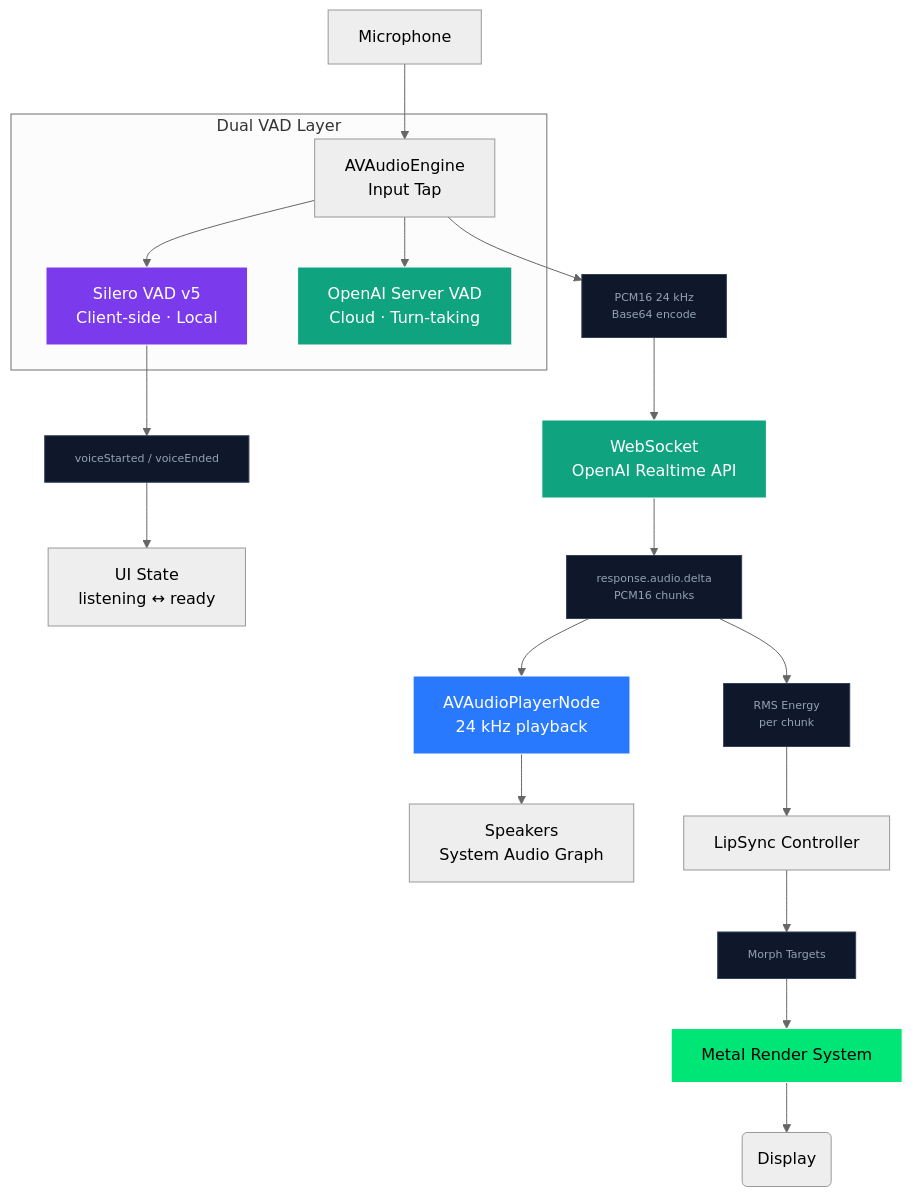
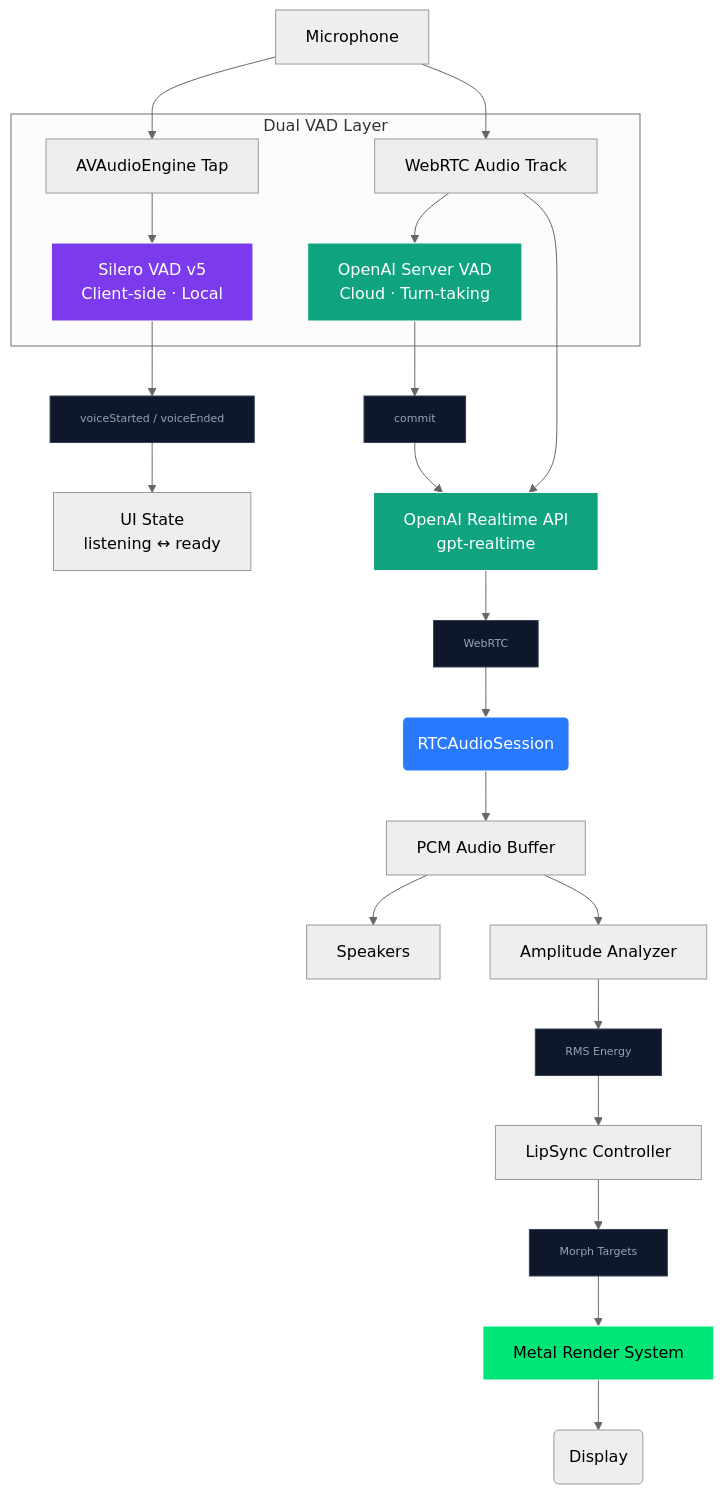
Before and after one commit to kevinliddel/NeuraLink: the first of 3 diagrams in README.md, drawn with Mermaid (neutral theme). The commit also changed other lines of this file and 5 other files, not shown here.

````diff
--- a/README.md
+++ b/README.md
@@ -75,36 +74,40 @@
 ```mermaid
 graph TD
     MIC[Microphone]
 
-    MIC --> EngineIn[AVAudioEngine\nInput Tap]
+    MIC --> WebRTC[WebRTC Audio Track]
+    MIC --> Tap[AVAudioEngine Tap]
 
     subgraph VAD [Dual VAD Layer]
-        EngineIn --> Silero[Silero VAD v5\nClient-side · Local]
-        EngineIn --> ServerVAD[OpenAI Server VAD\nCloud · Turn-taking]
+        Tap --> Silero[Silero VAD v5\nClient-side · Local]
+        WebRTC --> ServerVAD[OpenAI Server VAD\nCloud · Turn-taking]
     end
 
     Silero --> VoiceEvent[voiceStarted / voiceEnded]
     VoiceEvent --> UIState[UI State\nlistening ↔ ready]
+    ServerVAD --> Commit[commit]
+    Commit --> API
 
-    EngineIn --> PCM16[PCM16 24 kHz\nBase64 encode]
-    PCM16 --> WS[WebSocket\nOpenAI Realtime API]
-    WS --> Delta[response.audio.delta\nPCM16 chunks]
-    Delta --> RMSEnergy[RMS Energy\nper chunk]
-    Delta --> Player[AVAudioPlayerNode\n24 kHz playback]
-    Player --> Output[Speakers\nSystem Audio Graph]
+    WebRTC --> API[OpenAI Realtime API\ngpt-realtime]
+    API --> WebRTCLink[WebRTC]
+    WebRTCLink --> RTC(RTCAudioSession)
+    RTC --> Buffer[PCM Audio Buffer]
+    Buffer --> Output[Speakers]
+    Buffer --> Analyzer[Amplitude Analyzer]
+    Analyzer --> RMSEnergy[RMS Energy]
     RMSEnergy --> Controller[LipSync Controller]
     Controller --> MorphTargets[Morph Targets]
     MorphTargets --> Metal[Metal Render System]
     Metal --> Screen(Display)
 
     style Silero fill:#7c3aed,stroke:#fff,color:#fff
     style ServerVAD fill:#10a37f,stroke:#fff,color:#fff
-    style WS fill:#10a37f,stroke:#fff,color:#fff
+    style API fill:#10a37f,stroke:#fff,color:#fff
     style Metal fill:#00e676,stroke:#fff,color:#000
-    style Player fill:#2979ff,stroke:#fff,color:#fff
+    style RTC fill:#2979ff,stroke:#fff,color:#fff
     style VoiceEvent fill:#0f172a,stroke:#334155,color:#94a3b8,font-size:11px
+    style Commit fill:#0f172a,stroke:#334155,color:#94a3b8,font-size:11px
+    style WebRTCLink fill:#0f172a,stroke:#334155,color:#94a3b8,font-size:11px
     style RMSEnergy fill:#0f172a,stroke:#334155,color:#94a3b8,font-size:11px
     style MorphTargets fill:#0f172a,stroke:#334155,color:#94a3b8,font-size:11px
-    style PCM16 fill:#0f172a,stroke:#334155,color:#94a3b8,font-size:11px
-    style Delta fill:#0f172a,stroke:#334155,color:#94a3b8,font-size:11px
 ```
````
